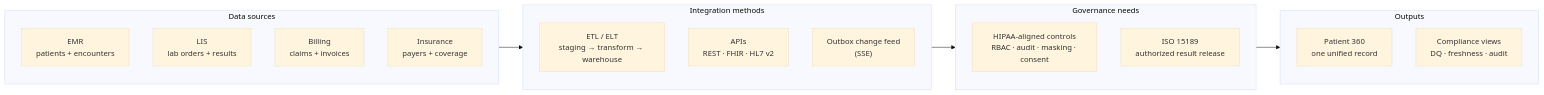
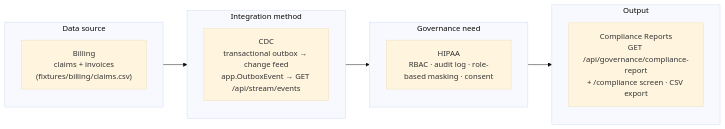
One commit to JanAro1/EDM-Final changed the diagram in docs/SCOPE.md. Above: the diagram before and after it, drawn with Mermaid (base theme). The commit also changed other lines of this file and 14 other files, not shown here.

First line of the commit message:
feat: scope platform to healthcare billing, CDC, HIPAA and compliance reports

````diff
--- a/docs/SCOPE.md
+++ b/docs/SCOPE.md
@@ -10,27 +20,20 @@
 ```mermaid
 flowchart LR
-    subgraph SRC["Data sources"]
-        EMR["EMR<br/>patients + encounters"]
-        LIS["LIS<br/>lab orders + results"]
-        BIL["Billing<br/>claims + invoices"]
-        INS["Insurance<br/>payers + coverage"]
+    subgraph SRC["Data source"]
+        BIL["Billing<br/>claims + invoices<br/>(fixtures/billing/claims.csv)"]
     end
 
-    subgraph INT["Integration methods"]
-        ETL["ETL / ELT<br/>staging → transform → warehouse"]
-        API["APIs<br/>REST · FHIR · HL7 v2"]
-        FEED["Outbox change feed<br/>(SSE)"]
+    subgraph INT["Integration method"]
+        CDC["CDC<br/>transactional outbox → change feed<br/>app.OutboxEvent → GET /api/stream/events"]
     end
 
-    subgraph GOV["Governance needs"]
-        HIPAA["HIPAA-aligned controls<br/>RBAC · audit · masking · consent"]
-        ISO["ISO 15189<br/>authorized result release"]
+    subgraph GOV["Governance need"]
+        HIPAA["HIPAA<br/>RBAC · audit log · role-based masking · consent"]
     end
 
-    subgraph OUT["Outputs"]
-        P360["Patient 360<br/>one unified record"]
-        RPT["Compliance views<br/>DQ · freshness · audit"]
+    subgraph OUT["Output"]
+        RPT["Compliance Reports<br/>GET /api/governance/compliance-report<br/>+ /compliance screen · CSV export"]
     end
 
     SRC --> INT --> GOV --> OUT
 ```
````
